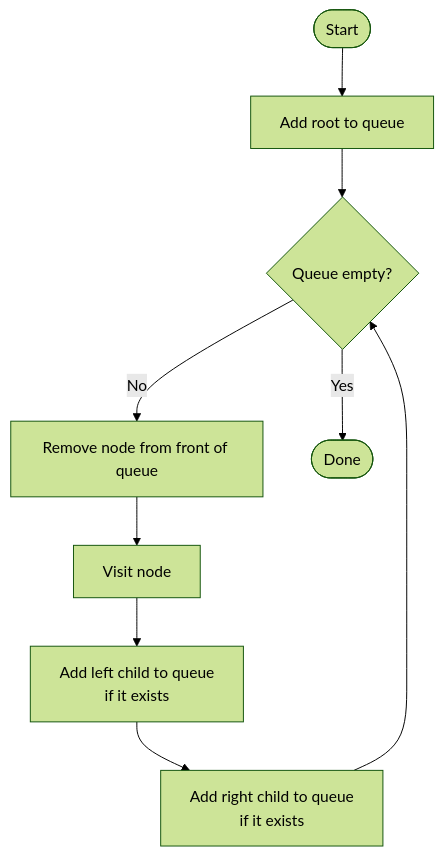
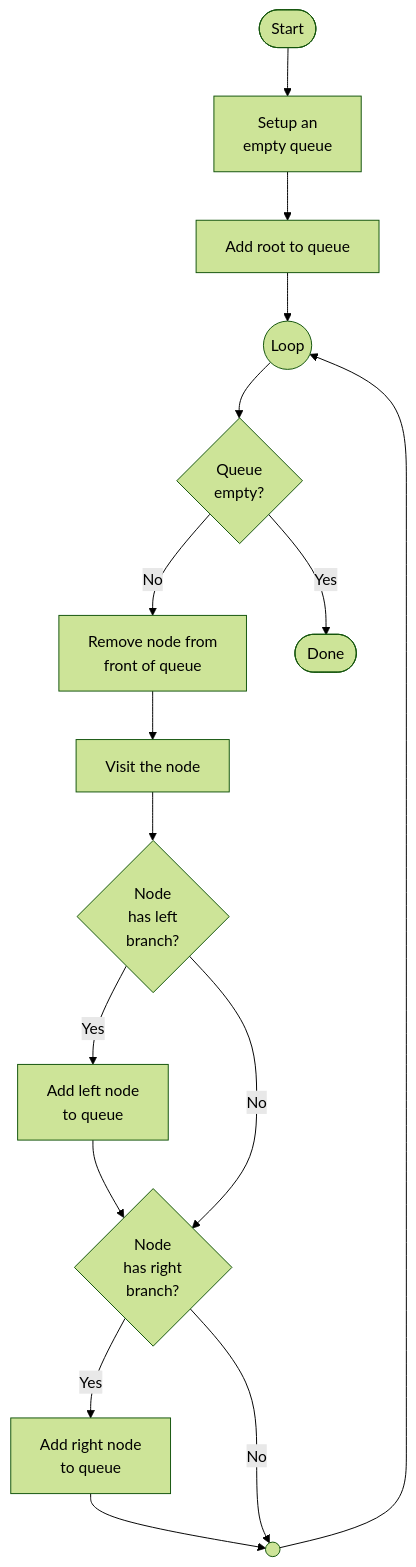
One commit to waimea-dt/how-do-i changed the seventh of 7 diagrams in docs/programming/algorithms/trees.md. Above: the diagram before and after it, drawn with Mermaid (forest theme). The commit also changed other lines of this file and 2 other files, not shown here.

````diff
--- a/docs/programming/algorithms/trees.md
+++ b/docs/programming/algorithms/trees.md
@@ -195,17 +275,28 @@
 ```mermaid
 flowchart TD
     %% Define nodes
     start([Start])
-    init[Add root to queue]
-    check{Queue empty?}
-    dequeue[Remove node from front of queue]
-    visit[Visit node]
-    addLeft[Add left child to queue\nif it exists]
-    addRight[Add right child to queue\nif it exists]
+    queue["Setup an<br>empty queue"]
+    init["Add root to queue"]
+    loop((Loop))
+    check{"Queue<br>empty?"}
+    dequeue["Remove node from<br>front of queue"]
+    visit["Visit the node"]
+    leftExists{"Node<br>has left<br>branch?"}
+    addLeft["Add left node<br>to queue"]
+    rightExists{"Node<br>has right<br>branch?"}
+    addRight["Add right node<br>to queue"]
+    loopLower(( ))
     done([Done])
 
     %% Define links
-    start --> init --> check
-    check -- No --> dequeue --> visit --> addLeft --> addRight --> check
+    start --> queue --> init --> loop --> check
+    check -- No --> dequeue --> visit
+    visit --> leftExists
+    leftExists -- Yes --> addLeft --> rightExists
+    leftExists -- No --> rightExists
+    rightExists -- Yes --> addRight --> loopLower
+    rightExists -- No --> loopLower
+    loopLower --> loop
     check -- Yes --> done
 ```
````
